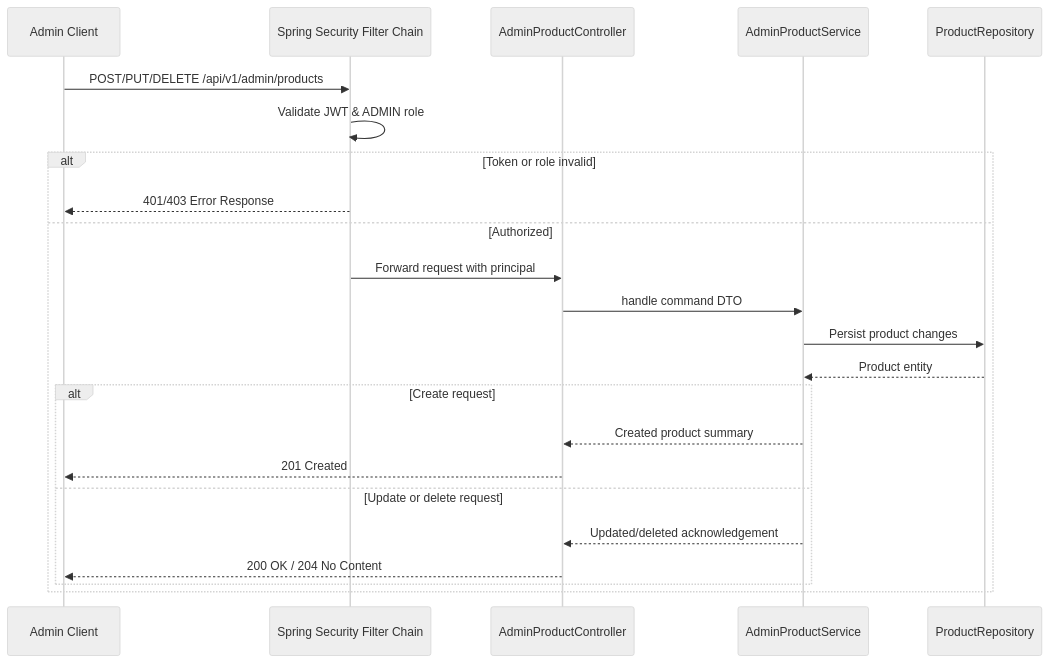
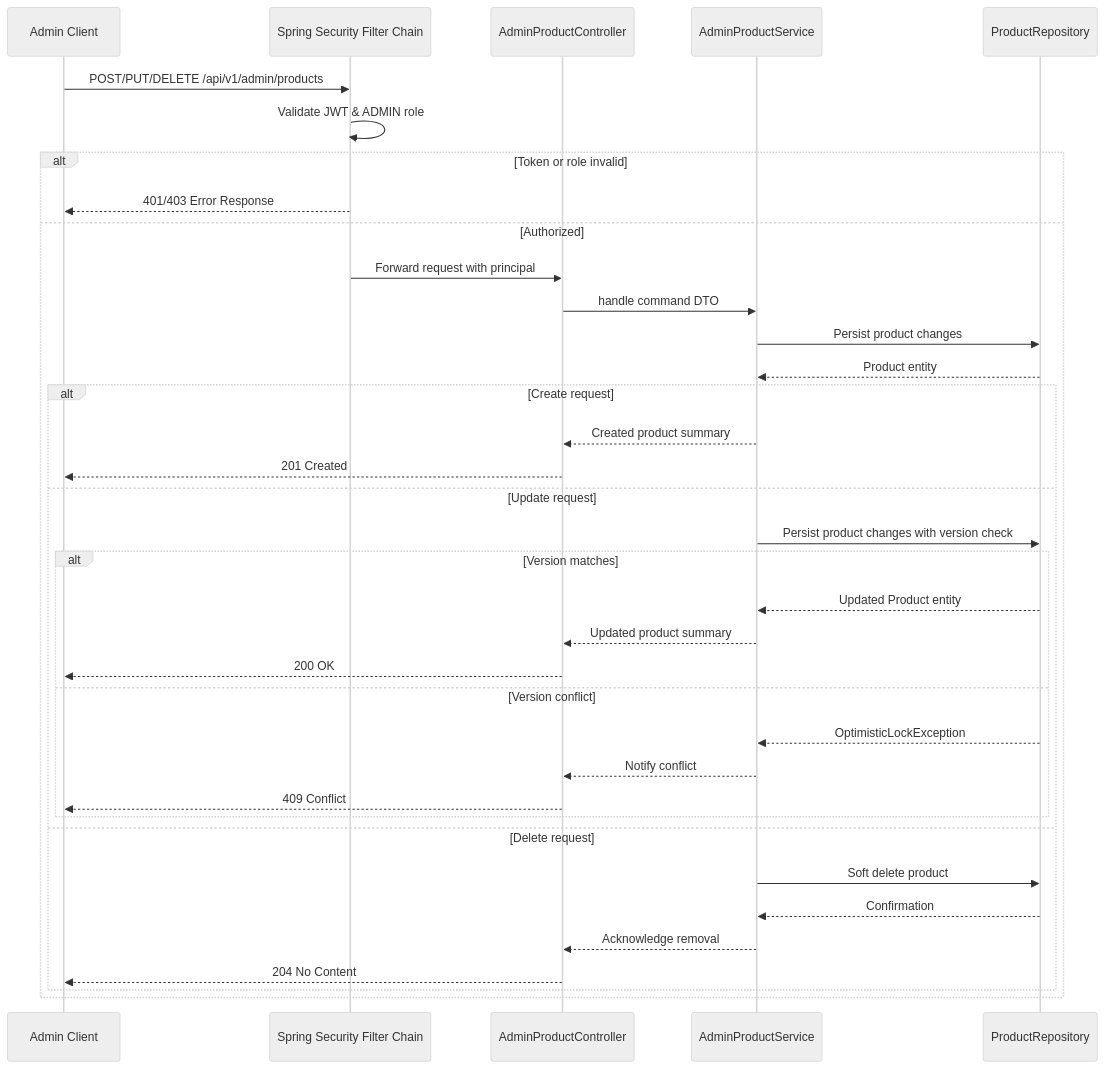
Before and after one commit to Jimmyweng006/Ecommerce: the third of 3 diagrams in ARCHITECTURE.md, drawn with Mermaid (neutral theme). The commit also changed other lines of this file and 13 other files, not shown here.

````diff
--- a/ARCHITECTURE.md
+++ b/ARCHITECTURE.md
@@ -115,26 +115,39 @@
 ```mermaid
 sequenceDiagram
     participant Admin as Admin Client
     participant Security as Spring Security Filter Chain
     participant Controller as AdminProductController
     participant Service as AdminProductService
     participant Repo as ProductRepository
 
     Admin->>Security: POST/PUT/DELETE /api/v1/admin/products
     Security->>Security: Validate JWT & ADMIN role
     alt Token or role invalid
         Security-->>Admin: 401/403 Error Response
     else Authorized
         Security->>Controller: Forward request with principal
         Controller->>Service: handle command DTO
         Service->>Repo: Persist product changes
         Repo-->>Service: Product entity
         alt Create request
             Service-->>Controller: Created product summary
             Controller-->>Admin: 201 Created
-        else Update or delete request
-            Service-->>Controller: Updated/deleted acknowledgement
-            Controller-->>Admin: 200 OK / 204 No Content
+        else Update request
+            Service->>Repo: Persist product changes with version check
+            alt Version matches
+                Repo-->>Service: Updated Product entity
+                Service-->>Controller: Updated product summary
+                Controller-->>Admin: 200 OK
+            else Version conflict
+                Repo-->>Service: OptimisticLockException
+                Service-->>Controller: Notify conflict
+                Controller-->>Admin: 409 Conflict
+            end
+        else Delete request
+            Service->>Repo: Soft delete product
+            Repo-->>Service: Confirmation
+            Service-->>Controller: Acknowledge removal
+            Controller-->>Admin: 204 No Content
         end
     end
 ```
````
